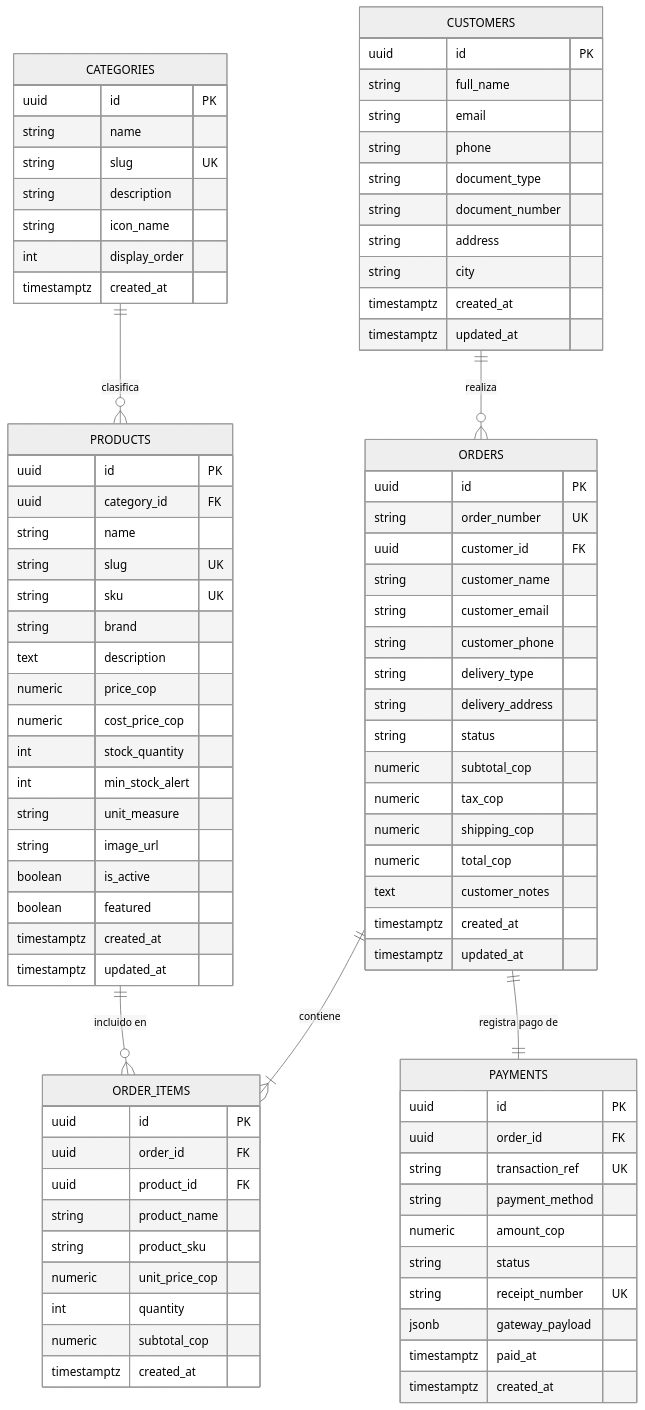
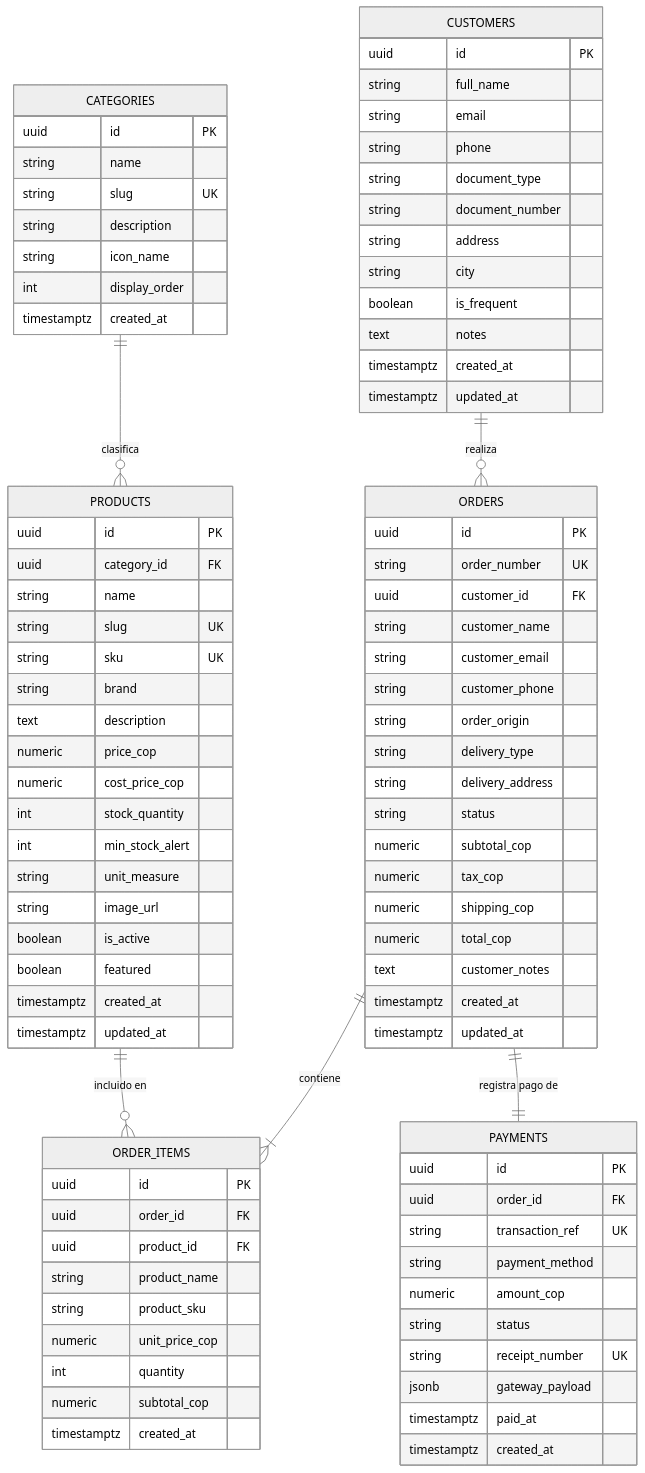
The diagram in .docs/database.md (CarlosAcosta44/FerroMax), drawn with Mermaid (neutral theme) before and after one commit. The commit also changed other lines of this file and 21 other files, not shown here.

Commit message:
docs: update specifications, UX flows, and planning based on official UI designs

```diff
--- a/.docs/database.md
+++ b/.docs/database.md
@@ -53,6 +53,8 @@
         string document_number
         string address
         string city
+        boolean is_frequent
+        text notes
         timestamptz created_at
         timestamptz updated_at
     }
@@ -64,6 +66,7 @@
         string customer_name
         string customer_email
         string customer_phone
+        string order_origin
         string delivery_type
         string delivery_address
         string status
```
